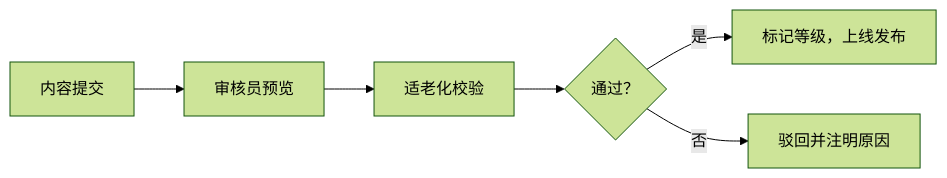
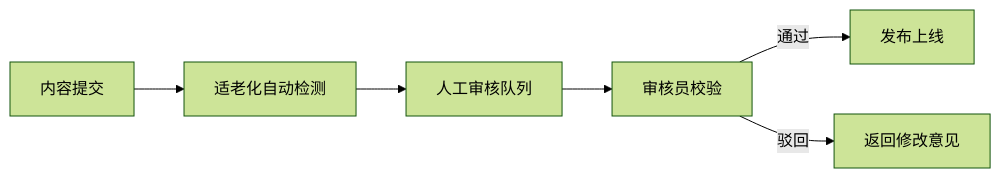
One commit to ccpen199/Trae-solo changed the third of 3 diagrams in .trae/documents/PRD.md. Above: the diagram before and after it, drawn with Mermaid (forest theme). The commit also changed other lines of this file and 66 other files, not shown here.

````diff
--- a/.trae/documents/PRD.md
+++ b/.trae/documents/PRD.md
@@ -72,8 +74,8 @@
 ```mermaid
 flowchart LR
-    A["内容提交"] --> B["审核员预览"]
-    B --> C["适老化校验"]
-    C --> D{"通过？"}
-    D -->|是| E["标记等级，上线发布"]
-    D -->|否| F["驳回并注明原因"]
+    A["内容提交"] --> B["适老化自动检测"]
+    B --> C["人工审核队列"]
+    C --> D["审核员校验"]
+    D -->|通过| E["发布上线"]
+    D -->|驳回| F["返回修改意见"]
 ```
````
